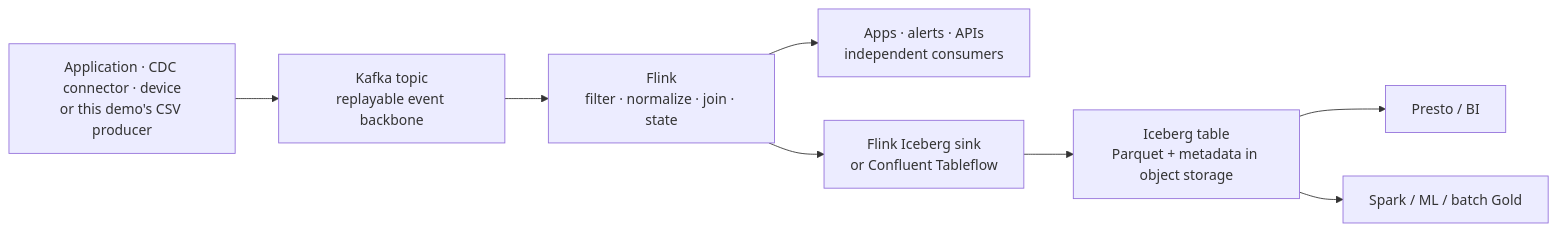
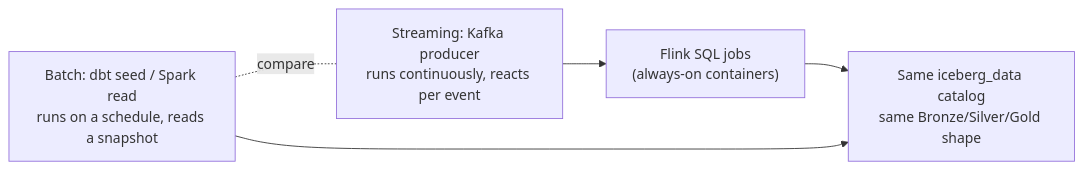
One commit to aseelert/ibmas-watsonxdata-dbt changed the first of 3 diagrams in docs/demo/streaming.md. Above: the diagram before and after it, drawn with Mermaid. The commit also changed other lines of this file and 15 other files, not shown here.

First line of the commit message:
Add Enterprise docs section and deepen dbt/Spark/Confluent flow pages

````diff
--- a/docs/demo/streaming.md
+++ b/docs/demo/streaming.md
@@ -23,10 +32,7 @@
 ```mermaid
 flowchart LR
-  source["Application · CDC connector · device\nor this demo's CSV producer"] --> kafka["Kafka topic\nreplayable event backbone"]
-  kafka --> flink["Flink\nfilter · normalize · join · state"]
-  flink --> consumers["Apps · alerts · APIs\nindependent consumers"]
-  flink --> materialize["Flink Iceberg sink\nor Confluent Tableflow"]
-  materialize --> iceberg["Iceberg table\nParquet + metadata in object storage"]
-  iceberg --> presto["Presto / BI"]
-  iceberg --> spark["Spark / ML / batch Gold"]
+  batch["Batch: dbt seed / Spark read\nruns on a schedule, reads a snapshot"] -.compare.- stream["Streaming: Kafka producer\nruns continuously, reacts per event"]
+  stream --> flink["Flink SQL jobs\n(always-on containers)"]
+  flink --> iceberg["Same iceberg_data catalog\nsame Bronze/Silver/Gold shape"]
+  batch --> iceberg
 ```
````
